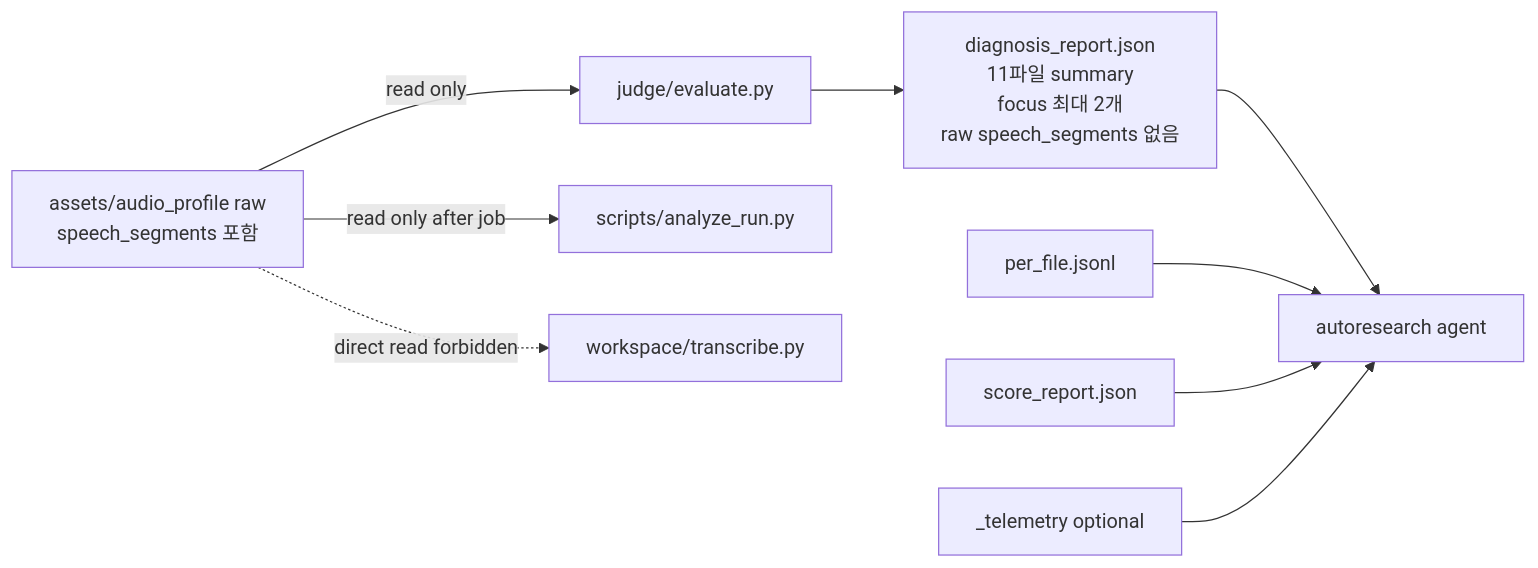
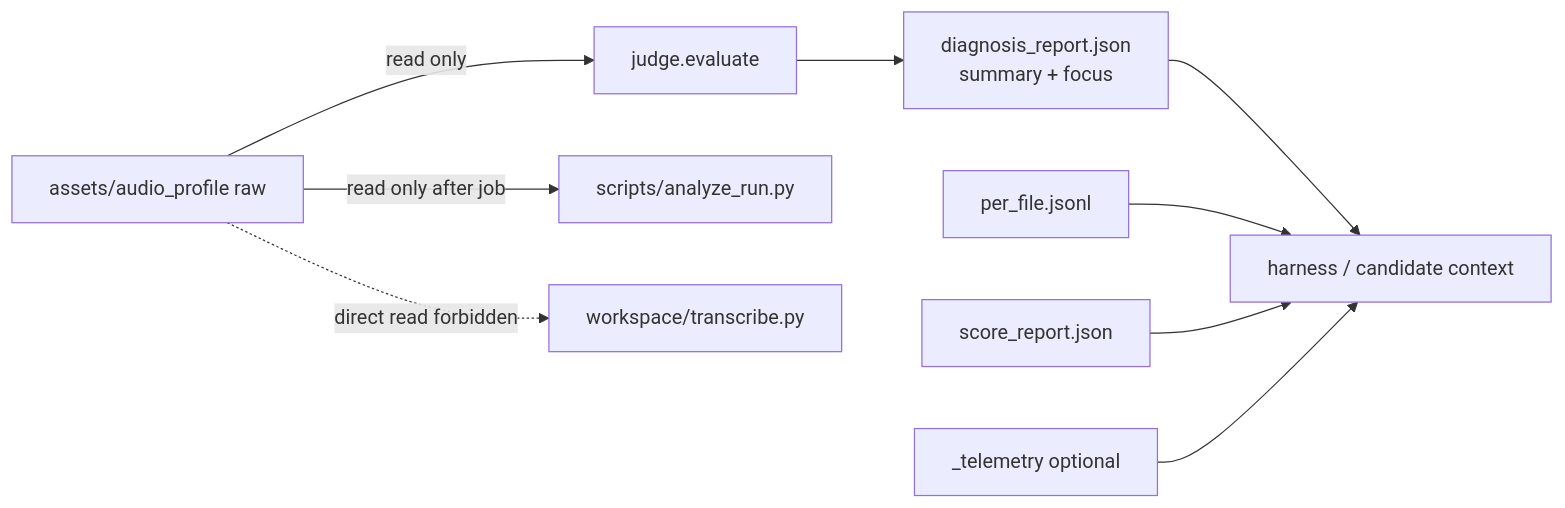
The third of 3 diagrams in docs/PHASE3-LOOP.md (YuBeomGon/stt-pipe), drawn with Mermaid before and after one commit. The commit also changed other lines of this file and 116 other files, not shown here.

````diff
--- a/docs/PHASE3-LOOP.md
+++ b/docs/PHASE3-LOOP.md
@@ -77,12 +78,12 @@
 ```mermaid
 flowchart LR
-    AP[assets/audio_profile raw<br/>speech_segments 포함] -->|read only| J[judge/evaluate.py]
+    AP[assets/audio_profile raw] -->|read only| J[judge.evaluate]
     AP -->|read only after job| AN[scripts/analyze_run.py]
     AP -. direct read forbidden .-> W[workspace/transcribe.py]
 
-    J --> D[diagnosis_report.json<br/>11파일 summary<br/>focus 최대 2개<br/>raw speech_segments 없음]
-    D --> AR[autoresearch agent]
-    PF[per_file.jsonl] --> AR
-    SR[score_report.json] --> AR
-    TEL[_telemetry optional] --> AR
+    J --> D[diagnosis_report.json<br/>summary + focus]
+    D --> H[harness / candidate context]
+    PF[per_file.jsonl] --> H
+    SR[score_report.json] --> H
+    TEL[_telemetry optional] --> H
 ```
````
